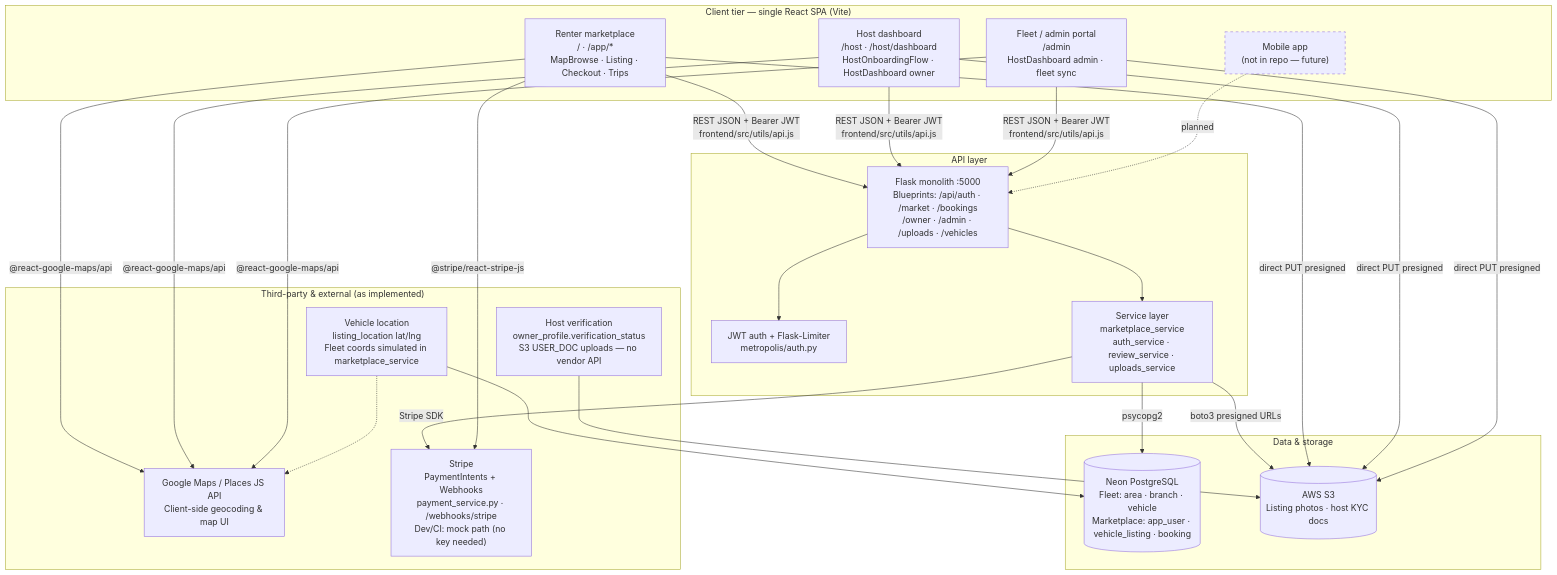
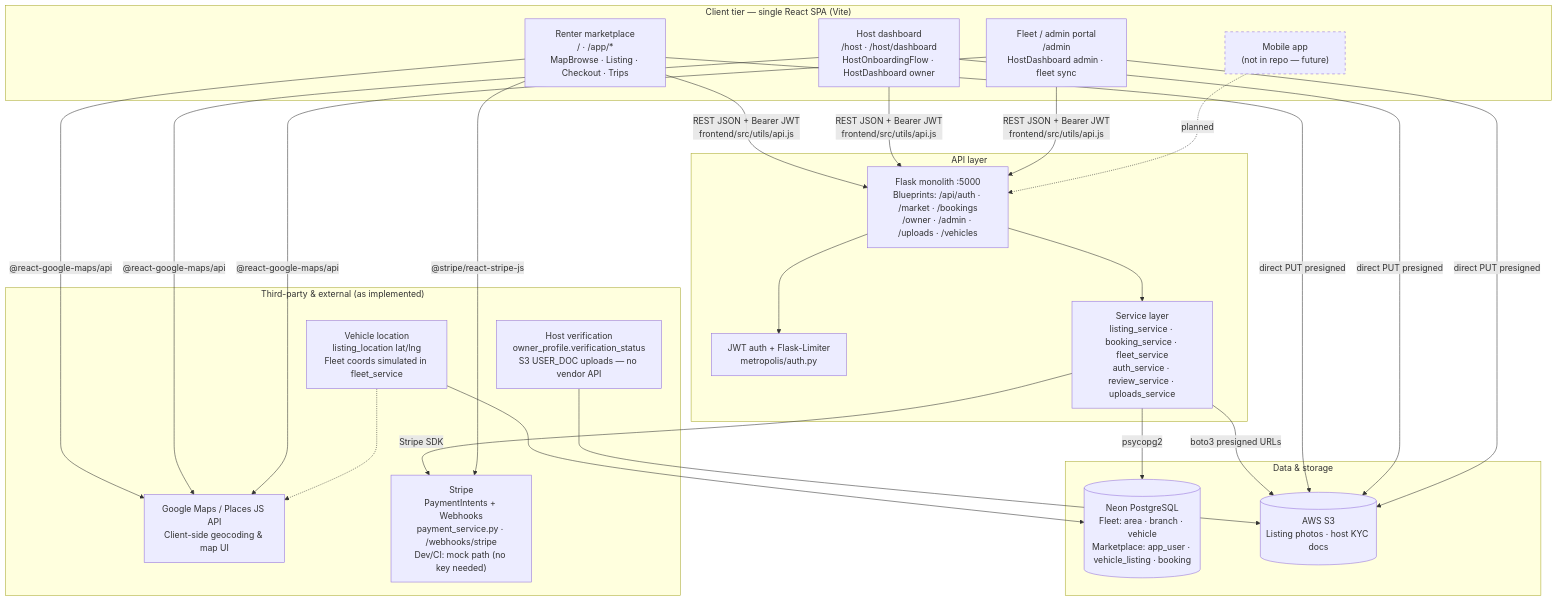
The first of 2 diagrams in docs/architecture-diagrams.md (toni8699/Metropolis), drawn with Mermaid before and after one commit. The commit also changed other lines of this file and 39 other files, not shown here.

Commit message:
refractor : booking service

````diff
--- a/docs/architecture-diagrams.md
+++ b/docs/architecture-diagrams.md
@@ -17,45 +17,45 @@
 ```mermaid
 graph TD
     subgraph Clients["Client tier — single React SPA (Vite)"]
         RW["Renter marketplace<br/>/ · /app/*<br/>MapBrowse · Listing · Checkout · Trips"]
         HD["Host dashboard<br/>/host · /host/dashboard<br/>HostOnboardingFlow · HostDashboard owner"]
         FM["Fleet / admin portal<br/>/admin<br/>HostDashboard admin · fleet sync"]
         MOB["Mobile app<br/>(not in repo — future)"]
     end
 
     subgraph Edge["API layer"]
         API["Flask monolith :5000<br/>Blueprints: /api/auth · /market · /bookings<br/>/owner · /admin · /uploads · /vehicles"]
         AUTH["JWT auth + Flask-Limiter<br/>metropolis/auth.py"]
-        SVC["Service layer<br/>marketplace_service<br/>auth_service · review_service · uploads_service"]
+        SVC["Service layer<br/>listing_service · booking_service · fleet_service<br/>auth_service · review_service · uploads_service"]
         API --> AUTH
         API --> SVC
     end
 
     subgraph Data["Data & storage"]
         PG[("Neon PostgreSQL<br/>Fleet: area · branch · vehicle<br/>Marketplace: app_user · vehicle_listing · booking")]
         S3[("AWS S3<br/>Listing photos · host KYC docs")]
     end
 
     subgraph External["Third-party & external (as implemented)"]
         GM["Google Maps / Places JS API<br/>Client-side geocoding & map UI"]
         PAY["Stripe<br/>PaymentIntents + Webhooks<br/>payment_service.py · /webhooks/stripe<br/>Dev/CI: mock path (no key needed)"]
         KYC["Host verification<br/>owner_profile.verification_status<br/>S3 USER_DOC uploads — no vendor API"]
-        GPS["Vehicle location<br/>listing_location lat/lng<br/>Fleet coords simulated in marketplace_service"]
+        GPS["Vehicle location<br/>listing_location lat/lng<br/>Fleet coords simulated in fleet_service"]
     end
 
     RW & HD & FM -->|"REST JSON + Bearer JWT<br/>frontend/src/utils/api.js"| API
     MOB -.->|"planned"| API
 
     SVC -->|"psycopg2"| PG
     SVC -->|"boto3 presigned URLs"| S3
     RW & HD & FM -->|"direct PUT presigned"| S3
     RW & HD & FM -->|"@react-google-maps/api"| GM
 
     SVC -->|"Stripe SDK"| PAY
     RW -->|"@stripe/react-stripe-js"| PAY
     KYC --> S3
     GPS --> PG
     GPS -.-> GM
 
     style MOB stroke-dasharray: 5 5
 ```
````
